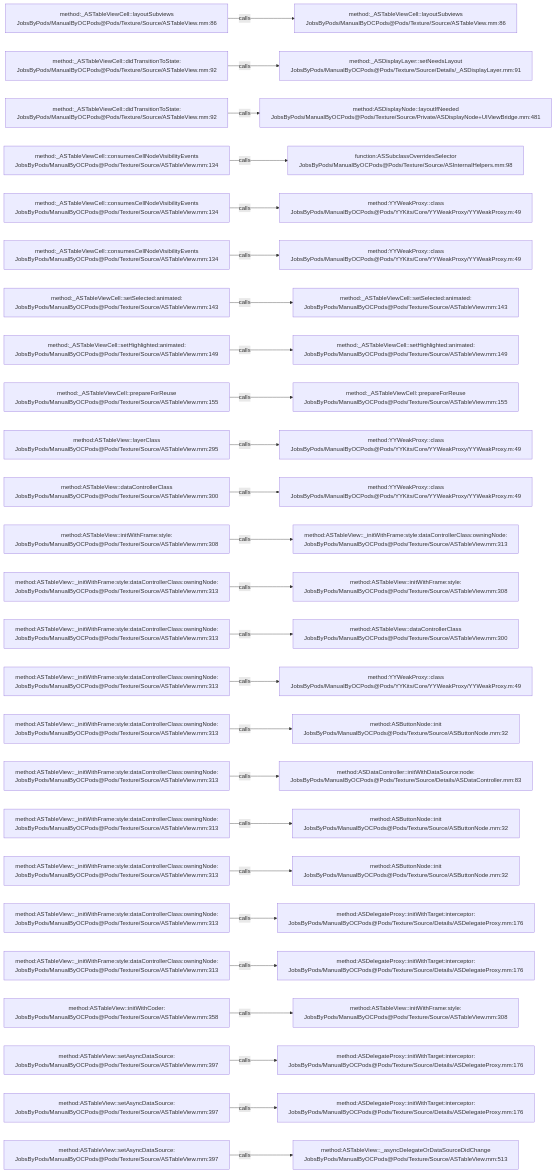
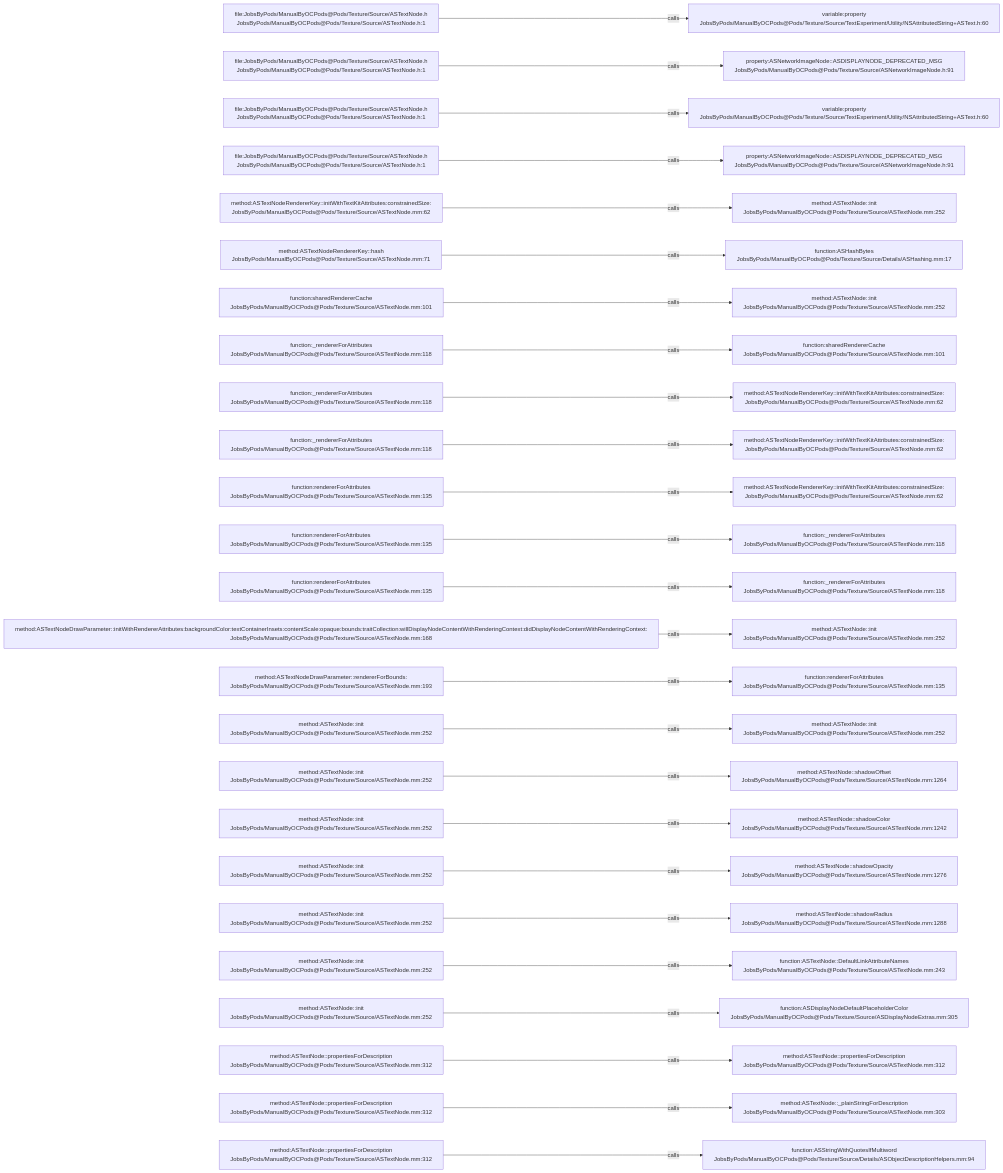
Before and after one commit to JobsKits/JobsOCBaseConfigDemo: the diagram in .codegraph/codegraph.md/graphs/calls-118.md, drawn with Mermaid. The commit also changed 2723 other files, not shown here.

````diff
--- a/.codegraph/codegraph.md/graphs/calls-118.md
+++ b/.codegraph/codegraph.md/graphs/calls-118.md
@@ -13,78 +13,78 @@
 ```mermaid
 flowchart LR
-  S1["method:_ASTableViewCell::layoutSubviews<br/>JobsByPods/ManualByOCPods@Pods/Texture/Source/ASTableView.mm:86"]
-  T1["method:_ASTableViewCell::layoutSubviews<br/>JobsByPods/ManualByOCPods@Pods/Texture/Source/ASTableView.mm:86"]
+  S1["file:JobsByPods/ManualByOCPods@Pods/Texture/Source/ASTextNode.h<br/>JobsByPods/ManualByOCPods@Pods/Texture/Source/ASTextNode.h:1"]
+  T1["variable:property<br/>JobsByPods/ManualByOCPods@Pods/Texture/Source/TextExperiment/Utility/NSAttributedString+ASText.h:60"]
   S1 -->|calls| T1
-  S2["method:_ASTableViewCell::didTransitionToState:<br/>JobsByPods/ManualByOCPods@Pods/Texture/Source/ASTableView.mm:92"]
-  T2["method:_ASDisplayLayer::setNeedsLayout<br/>JobsByPods/ManualByOCPods@Pods/Texture/Source/Details/_ASDisplayLayer.mm:91"]
+  S2["file:JobsByPods/ManualByOCPods@Pods/Texture/Source/ASTextNode.h<br/>JobsByPods/ManualByOCPods@Pods/Texture/Source/ASTextNode.h:1"]
+  T2["property:ASNetworkImageNode::ASDISPLAYNODE_DEPRECATED_MSG<br/>JobsByPods/ManualByOCPods@Pods/Texture/Source/ASNetworkImageNode.h:91"]
   S2 -->|calls| T2
-  S3["method:_ASTableViewCell::didTransitionToState:<br/>JobsByPods/ManualByOCPods@Pods/Texture/Source/ASTableView.mm:92"]
-  T3["method:ASDisplayNode::layoutIfNeeded<br/>JobsByPods/ManualByOCPods@Pods/Texture/Source/Private/ASDisplayNode+UIViewBridge.mm:481"]
+  S3["file:JobsByPods/ManualByOCPods@Pods/Texture/Source/ASTextNode.h<br/>JobsByPods/ManualByOCPods@Pods/Texture/Source/ASTextNode.h:1"]
+  T3["variable:property<br/>JobsByPods/ManualByOCPods@Pods/Texture/Source/TextExperiment/Utility/NSAttributedString+ASText.h:60"]
   S3 -->|calls| T3
-  S4["method:_ASTableViewCell::consumesCellNodeVisibilityEvents<br/>JobsByPods/ManualByOCPods@Pods/Texture/Source/ASTableView.mm:134"]
-  T4["function:ASSubclassOverridesSelector<br/>JobsByPods/ManualByOCPods@Pods/Texture/Source/ASInternalHelpers.mm:98"]
+  S4["file:JobsByPods/ManualByOCPods@Pods/Texture/Source/ASTextNode.h<br/>JobsByPods/ManualByOCPods@Pods/Texture/Source/ASTextNode.h:1"]
+  T4["property:ASNetworkImageNode::ASDISPLAYNODE_DEPRECATED_MSG<br/>JobsByPods/ManualByOCPods@Pods/Texture/Source/ASNetworkImageNode.h:91"]
   S4 -->|calls| T4
-  S5["method:_ASTableViewCell::consumesCellNodeVisibilityEvents<br/>JobsByPods/ManualByOCPods@Pods/Texture/Source/ASTableView.mm:134"]
-  T5["method:YYWeakProxy::class<br/>JobsByPods/ManualByOCPods@Pods/YYKits/Core/YYWeakProxy/YYWeakProxy.m:49"]
+  S5["method:ASTextNodeRendererKey::initWithTextKitAttributes:constrainedSize:<br/>JobsByPods/ManualByOCPods@Pods/Texture/Source/ASTextNode.mm:62"]
+  T5["method:ASTextNode::init<br/>JobsByPods/ManualByOCPods@Pods/Texture/Source/ASTextNode.mm:252"]
   S5 -->|calls| T5
-  S6["method:_ASTableViewCell::consumesCellNodeVisibilityEvents<br/>JobsByPods/ManualByOCPods@Pods/Texture/Source/ASTableView.mm:134"]
-  T6["method:YYWeakProxy::class<br/>JobsByPods/ManualByOCPods@Pods/YYKits/Core/YYWeakProxy/YYWeakProxy.m:49"]
+  S6["method:ASTextNodeRendererKey::hash<br/>JobsByPods/ManualByOCPods@Pods/Texture/Source/ASTextNode.mm:71"]
+  T6["function:ASHashBytes<br/>JobsByPods/ManualByOCPods@Pods/Texture/Source/Details/ASHashing.mm:17"]
   S6 -->|calls| T6
-  S7["method:_ASTableViewCell::setSelected:animated:<br/>JobsByPods/ManualByOCPods@Pods/Texture/Source/ASTableView.mm:143"]
-  T7["method:_ASTableViewCell::setSelected:animated:<br/>JobsByPods/ManualByOCPods@Pods/Texture/Source/ASTableView.mm:143"]
+  S7["function:sharedRendererCache<br/>JobsByPods/ManualByOCPods@Pods/Texture/Source/ASTextNode.mm:101"]
+  T7["method:ASTextNode::init<br/>JobsByPods/ManualByOCPods@Pods/Texture/Source/ASTextNode.mm:252"]
   S7 -->|calls| T7
-  S8["method:_ASTableViewCell::setHighlighted:animated:<br/>JobsByPods/ManualByOCPods@Pods/Texture/Source/ASTableView.mm:149"]
-  T8["method:_ASTableViewCell::setHighlighted:animated:<br/>JobsByPods/ManualByOCPods@Pods/Texture/Source/ASTableView.mm:149"]
+  S8["function:_rendererForAttributes<br/>JobsByPods/ManualByOCPods@Pods/Texture/Source/ASTextNode.mm:118"]
+  T8["function:sharedRendererCache<br/>JobsByPods/ManualByOCPods@Pods/Texture/Source/ASTextNode.mm:101"]
   S8 -->|calls| T8
-  S9["method:_ASTableViewCell::prepareForReuse<br/>JobsByPods/ManualByOCPods@Pods/Texture/Source/ASTableView.mm:155"]
-  T9["method:_ASTableViewCell::prepareForReuse<br/>JobsByPods/ManualByOCPods@Pods/Texture/Source/ASTableView.mm:155"]
+  S9["function:_rendererForAttributes<br/>JobsByPods/ManualByOCPods@Pods/Texture/Source/ASTextNode.mm:118"]
+  T9["method:ASTextNodeRendererKey::initWithTextKitAttributes:constrainedSize:<br/>JobsByPods/ManualByOCPods@Pods/Texture/Source/ASTextNode.mm:62"]
   S9 -->|calls| T9
-  S10["method:ASTableView::layerClass<br/>JobsByPods/ManualByOCPods@Pods/Texture/Source/ASTableView.mm:295"]
-  T10["method:YYWeakProxy::class<br/>JobsByPods/ManualByOCPods@Pods/YYKits/Core/YYWeakProxy/YYWeakProxy.m:49"]
+  S10["function:_rendererForAttributes<br/>JobsByPods/ManualByOCPods@Pods/Texture/Source/ASTextNode.mm:118"]
+  T10["method:ASTextNodeRendererKey::initWithTextKitAttributes:constrainedSize:<br/>JobsByPods/ManualByOCPods@Pods/Texture/Source/ASTextNode.mm:62"]
   S10 -->|calls| T10
-  S11["method:ASTableView::dataControllerClass<br/>JobsByPods/ManualByOCPods@Pods/Texture/Source/ASTableView.mm:300"]
-  T11["method:YYWeakProxy::class<br/>JobsByPods/ManualByOCPods@Pods/YYKits/Core/YYWeakProxy/YYWeakProxy.m:49"]
+  S11["function:rendererForAttributes<br/>JobsByPods/ManualByOCPods@Pods/Texture/Source/ASTextNode.mm:135"]
+  T11["method:ASTextNodeRendererKey::initWithTextKitAttributes:constrainedSize:<br/>JobsByPods/ManualByOCPods@Pods/Texture/Source/ASTextNode.mm:62"]
   S11 -->|calls| T11
-  S12["method:ASTableView::initWithFrame:style:<br/>JobsByPods/ManualByOCPods@Pods/Texture/Source/ASTableView.mm:308"]
-  T12["method:ASTableView::_initWithFrame:style:dataControllerClass:owningNode:<br/>JobsByPods/ManualByOCPods@Pods/Texture/Source/ASTableView.mm:313"]
+  S12["function:rendererForAttributes<br/>JobsByPods/ManualByOCPods@Pods/Texture/Source/ASTextNode.mm:135"]
+  T12["function:_rendererForAttributes<br/>JobsByPods/ManualByOCPods@Pods/Texture/Source/ASTextNode.mm:118"]
   S12 -->|calls| T12
-  S13["method:ASTableView::_initWithFrame:style:dataControllerClass:owningNode:<br/>JobsByPods/ManualByOCPods@Pods/Texture/Source/ASTableView.mm:313"]
-  T13["method:ASTableView::initWithFrame:style:<br/>JobsByPods/ManualByOCPods@Pods/Texture/Source/ASTableView.mm:308"]
+  S13["function:rendererForAttributes<br/>JobsByPods/ManualByOCPods@Pods/Texture/Source/ASTextNode.mm:135"]
+  T13["function:_rendererForAttributes<br/>JobsByPods/ManualByOCPods@Pods/Texture/Source/ASTextNode.mm:118"]
   S13 -->|calls| T13
-  S14["method:ASTableView::_initWithFrame:style:dataControllerClass:owningNode:<br/>JobsByPods/ManualByOCPods@Pods/Texture/Source/ASTableView.mm:313"]
-  T14["method:ASTableView::dataControllerClass<br/>JobsByPods/ManualByOCPods@Pods/Texture/Source/ASTableView.mm:300"]
+  S14["method:ASTextNodeDrawParameter::initWithRendererAttributes:backgroundColor:textContainerInsets:contentScale:opaque:bounds:traitCollection:willDisplayNodeContentWithRenderingContext:didDisplayNodeContentWithRenderingContext:<br/>JobsByPods/ManualByOCPods@Pods/Texture/Source/ASTextNode.mm:168"]
+  T14["method:ASTextNode::init<br/>JobsByPods/ManualByOCPods@Pods/Texture/Source/ASTextNode.mm:252"]
   S14 -->|calls| T14
-  S15["method:ASTableView::_initWithFrame:style:dataControllerClass:owningNode:<br/>JobsByPods/ManualByOCPods@Pods/Texture/Source/ASTableView.mm:313"]
-  T15["method:YYWeakProxy::class<br/>JobsByPods/ManualByOCPods@Pods/YYKits/Core/YYWeakProxy/YYWeakProxy.m:49"]
+  S15["method:ASTextNodeDrawParameter::rendererForBounds:<br/>JobsByPods/ManualByOCPods@Pods/Texture/Source/ASTextNode.mm:193"]
+  T15["function:rendererForAttributes<br/>JobsByPods/ManualByOCPods@Pods/Texture/Source/ASTextNode.mm:135"]
   S15 -->|calls| T15
-  S16["method:ASTableView::_initWithFrame:style:dataControllerClass:owningNode:<br/>JobsByPods/ManualByOCPods@Pods/Texture/Source/ASTableView.mm:313"]
-  T16["method:ASButtonNode::init<br/>JobsByPods/ManualByOCPods@Pods/Texture/Source/ASButtonNode.mm:32"]
+  S16["method:ASTextNode::init<br/>JobsByPods/ManualByOCPods@Pods/Texture/Source/ASTextNode.mm:252"]
+  T16["method:ASTextNode::init<br/>JobsByPods/ManualByOCPods@Pods/Texture/Source/ASTextNode.mm:252"]
   S16 -->|calls| T16
-  S17["method:ASTableView::_initWithFrame:style:dataControllerClass:owningNode:<br/>JobsByPods/ManualByOCPods@Pods/Texture/Source/ASTableView.mm:313"]
-  T17["method:ASDataController::initWithDataSource:node:<br/>JobsByPods/ManualByOCPods@Pods/Texture/Source/Details/ASDataController.mm:83"]
+  S17["method:ASTextNode::init<br/>JobsByPods/ManualByOCPods@Pods/Texture/Source/ASTextNode.mm:252"]
+  T17["method:ASTextNode::shadowOffset<br/>JobsByPods/ManualByOCPods@Pods/Texture/Source/ASTextNode.mm:1264"]
   S17 -->|calls| T17
-  S18["method:ASTableView::_initWithFrame:style:dataControllerClass:owningNode:<br/>JobsByPods/ManualByOCPods@Pods/Texture/Source/ASTableView.mm:313"]
-  T18["method:ASButtonNode::init<br/>JobsByPods/ManualByOCPods@Pods/Texture/Source/ASButtonNode.mm:32"]
+  S18["method:ASTextNode::init<br/>JobsByPods/ManualByOCPods@Pods/Texture/Source/ASTextNode.mm:252"]
+  T18["method:ASTextNode::shadowColor<br/>JobsByPods/ManualByOCPods@Pods/Texture/Source/ASTextNode.mm:1242"]
   S18 -->|calls| T18
-  S19["method:ASTableView::_initWithFrame:style:dataControllerClass:owningNode:<br/>JobsByPods/ManualByOCPods@Pods/Texture/Source/ASTableView.mm:313"]
-  T19["method:ASButtonNode::init<br/>JobsByPods/ManualByOCPods@Pods/Texture/Source/ASButtonNode.mm:32"]
+  S19["method:ASTextNode::init<br/>JobsByPods/ManualByOCPods@Pods/Texture/Source/ASTextNode.mm:252"]
+  T19["method:ASTextNode::shadowOpacity<br/>JobsByPods/ManualByOCPods@Pods/Texture/Source/ASTextNode.mm:1276"]
   S19 -->|calls| T19
-  S20["method:ASTableView::_initWithFrame:style:dataControllerClass:owningNode:<br/>JobsByPods/ManualByOCPods@Pods/Texture/Source/ASTableView.mm:313"]
-  T20["method:ASDelegateProxy::initWithTarget:interceptor:<br/>JobsByPods/ManualByOCPods@Pods/Texture/Source/Details/ASDelegateProxy.mm:176"]
+  S20["method:ASTextNode::init<br/>JobsByPods/ManualByOCPods@Pods/Texture/Source/ASTextNode.mm:252"]
+  T20["method:ASTextNode::shadowRadius<br/>JobsByPods/ManualByOCPods@Pods/Texture/Source/ASTextNode.mm:1288"]
   S20 -->|calls| T20
-  S21["method:ASTableView::_initWithFrame:style:dataControllerClass:owningNode:<br/>JobsByPods/ManualByOCPods@Pods/Texture/Source/ASTableView.mm:313"]
-  T21["method:ASDelegateProxy::initWithTarget:interceptor:<br/>JobsByPods/ManualByOCPods@Pods/Texture/Source/Details/ASDelegateProxy.mm:176"]
+  S21["method:ASTextNode::init<br/>JobsByPods/ManualByOCPods@Pods/Texture/Source/ASTextNode.mm:252"]
+  T21["function:ASTextNode::DefaultLinkAttributeNames<br/>JobsByPods/ManualByOCPods@Pods/Texture/Source/ASTextNode.mm:243"]
   S21 -->|calls| T21
-  S22["method:ASTableView::initWithCoder:<br/>JobsByPods/ManualByOCPods@Pods/Texture/Source/ASTableView.mm:358"]
-  T22["method:ASTableView::initWithFrame:style:<br/>JobsByPods/ManualByOCPods@Pods/Texture/Source/ASTableView.mm:308"]
+  S22["method:ASTextNode::init<br/>JobsByPods/ManualByOCPods@Pods/Texture/Source/ASTextNode.mm:252"]
+  T22["function:ASDisplayNodeDefaultPlaceholderColor<br/>JobsByPods/ManualByOCPods@Pods/Texture/Source/ASDisplayNodeExtras.mm:305"]
   S22 -->|calls| T22
-  S23["method:ASTableView::setAsyncDataSource:<br/>JobsByPods/ManualByOCPods@Pods/Texture/Source/ASTableView.mm:397"]
-  T23["method:ASDelegateProxy::initWithTarget:interceptor:<br/>JobsByPods/ManualByOCPods@Pods/Texture/Source/Details/ASDelegateProxy.mm:176"]
+  S23["method:ASTextNode::propertiesForDescription<br/>JobsByPods/ManualByOCPods@Pods/Texture/Source/ASTextNode.mm:312"]
+  T23["method:ASTextNode::propertiesForDescription<br/>JobsByPods/ManualByOCPods@Pods/Texture/Source/ASTextNode.mm:312"]
   S23 -->|calls| T23
-  S24["method:ASTableView::setAsyncDataSource:<br/>JobsByPods/ManualByOCPods@Pods/Texture/Source/ASTableView.mm:397"]
-  T24["method:ASDelegateProxy::initWithTarget:interceptor:<br/>JobsByPods/ManualByOCPods@Pods/Texture/Source/Details/ASDelegateProxy.mm:176"]
+  S24["method:ASTextNode::propertiesForDescription<br/>JobsByPods/ManualByOCPods@Pods/Texture/Source/ASTextNode.mm:312"]
+  T24["method:ASTextNode::_plainStringForDescription<br/>JobsByPods/ManualByOCPods@Pods/Texture/Source/ASTextNode.mm:303"]
   S24 -->|calls| T24
-  S25["method:ASTableView::setAsyncDataSource:<br/>JobsByPods/ManualByOCPods@Pods/Texture/Source/ASTableView.mm:397"]
-  T25["method:ASTableView::_asyncDelegateOrDataSourceDidChange<br/>JobsByPods/ManualByOCPods@Pods/Texture/Source/ASTableView.mm:513"]
+  S25["method:ASTextNode::propertiesForDescription<br/>JobsByPods/ManualByOCPods@Pods/Texture/Source/ASTextNode.mm:312"]
+  T25["function:ASStringWithQuotesIfMultiword<br/>JobsByPods/ManualByOCPods@Pods/Texture/Source/Details/ASObjectDescriptionHelpers.mm:94"]
   S25 -->|calls| T25
 ```
````
